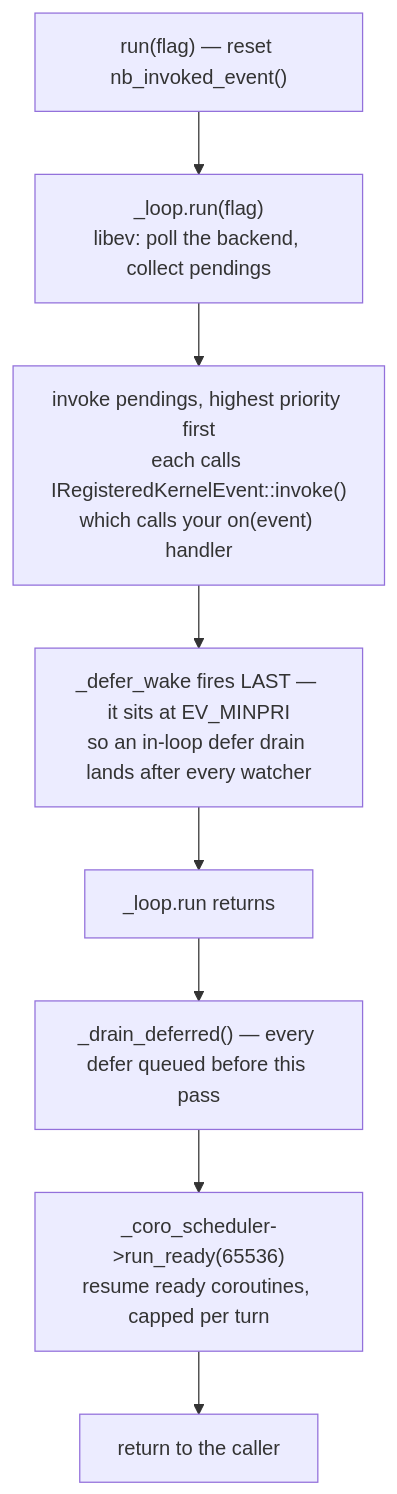
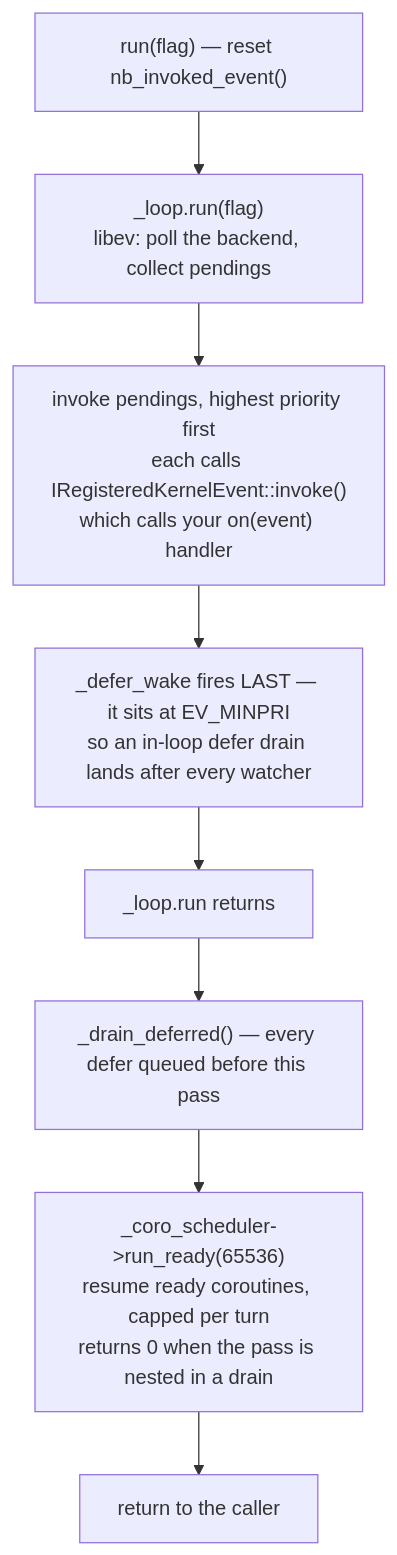
Before and after one commit to isndev/qb: the diagram in readme/3_qb_io/async_system.md, drawn with Mermaid. The commit also changed other lines of this file and 16 other files, not shown here.

````diff
--- a/readme/3_qb_io/async_system.md
+++ b/readme/3_qb_io/async_system.md
@@ -27,10 +27,10 @@
 ```mermaid
 flowchart TD
     A["run(flag) — reset nb_invoked_event()"] --> B["_loop.run(flag)<br/>libev: poll the backend, collect pendings"]
     B --> C["invoke pendings, highest priority first<br/>each calls IRegisteredKernelEvent::invoke()<br/>which calls your on(event) handler"]
     C --> D["_defer_wake fires LAST — it sits at EV_MINPRI<br/>so an in-loop defer drain lands after every watcher"]
     D --> E["_loop.run returns"]
     E --> F["_drain_deferred() — every defer queued before this pass"]
-    F --> G["_coro_scheduler->run_ready(65536)<br/>resume ready coroutines, capped per turn"]
+    F --> G["_coro_scheduler->run_ready(65536)<br/>resume ready coroutines, capped per turn<br/>returns 0 when the pass is nested in a drain"]
     G --> H["return to the caller"]
 ```
````
